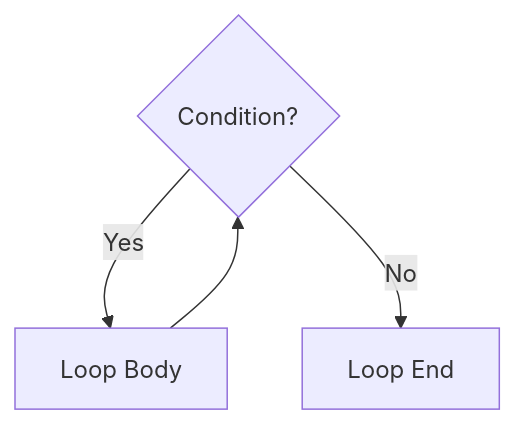
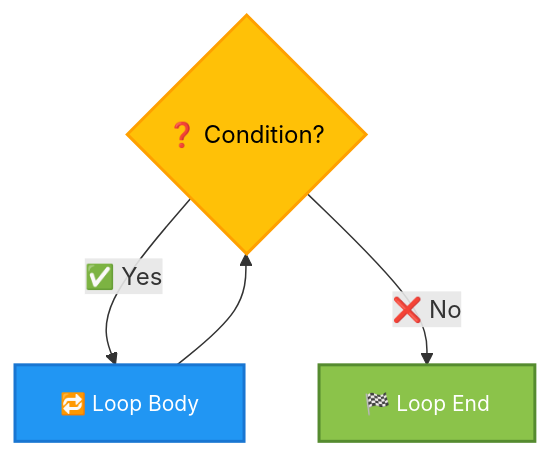
Diagram 13 of 18 in _posts/2024-11-28-c-control-statements-decision-making.md (infoyouth/infoyouth.github.io), drawn with Mermaid before and after one commit. The commit also changed other lines of this file, not shown here.

````diff
--- a/_posts/2024-11-28-c-control-statements-decision-making.md
+++ b/_posts/2024-11-28-c-control-statements-decision-making.md
@@ -1367,6 +1550,11 @@
 ```mermaid
 graph TD
-    A{Condition?} -- Yes --> B[Loop Body];
+    A{❓ Condition?} -- ✅ Yes --> B[🔁 Loop Body];
     B --> A;
-    A -- No --> C[Loop End];
+    A -- ❌ No --> C[🏁 Loop End];
+
+    style A fill:#FFC107,stroke:#FFA000,stroke-width:2px,color:#000000,font-size:16px
+    style B fill:#2196F3,stroke:#1976D2,stroke-width:2px,color:#FFFFFF,font-size:14px
+    style C fill:#8BC34A,stroke:#558B2F,stroke-width:2px,color:#FFFFFF,font-size:14px
+
 ```
````
